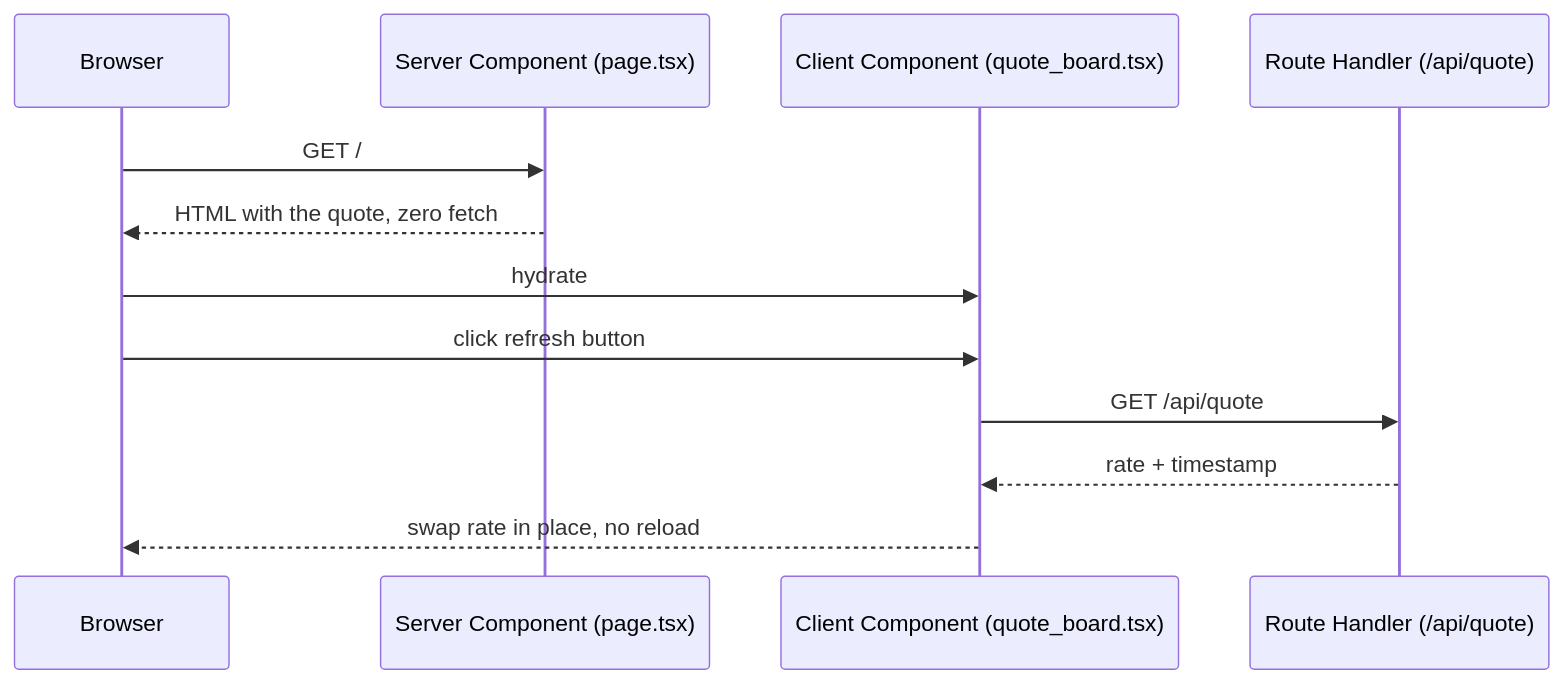
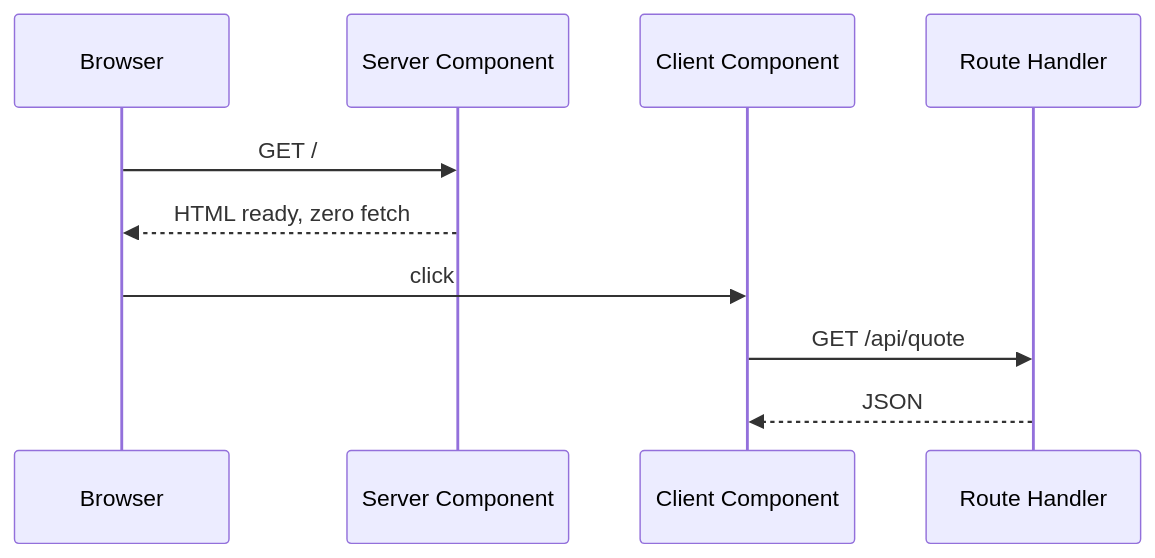
One commit to thiagoeti/front changed the diagram in nextjs/README.md. Above: the diagram before and after it, drawn with Mermaid. The commit also changed other lines of this file and 28 other files, not shown here.

````diff
--- a/nextjs/README.md
+++ b/nextjs/README.md
@@ -15,14 +14,12 @@
 ```mermaid
 sequenceDiagram
   participant B as Browser
-  participant SC as Server Component (page.tsx)
-  participant CC as Client Component (quote_board.tsx)
-  participant RH as Route Handler (/api/quote)
-  B->>SC: GET /
-  SC-->>B: HTML with the quote, zero fetch
-  B->>CC: hydrate
-  B->>CC: click refresh button
-  CC->>RH: GET /api/quote
-  RH-->>CC: rate + timestamp
-  CC-->>B: swap rate in place, no reload
+  participant S as Server Component
+  participant C as Client Component
+  participant R as Route Handler
+  B->>S: GET /
+  S-->>B: HTML ready, zero fetch
+  B->>C: click
+  C->>R: GET /api/quote
+  R-->>C: JSON
 ```
````
